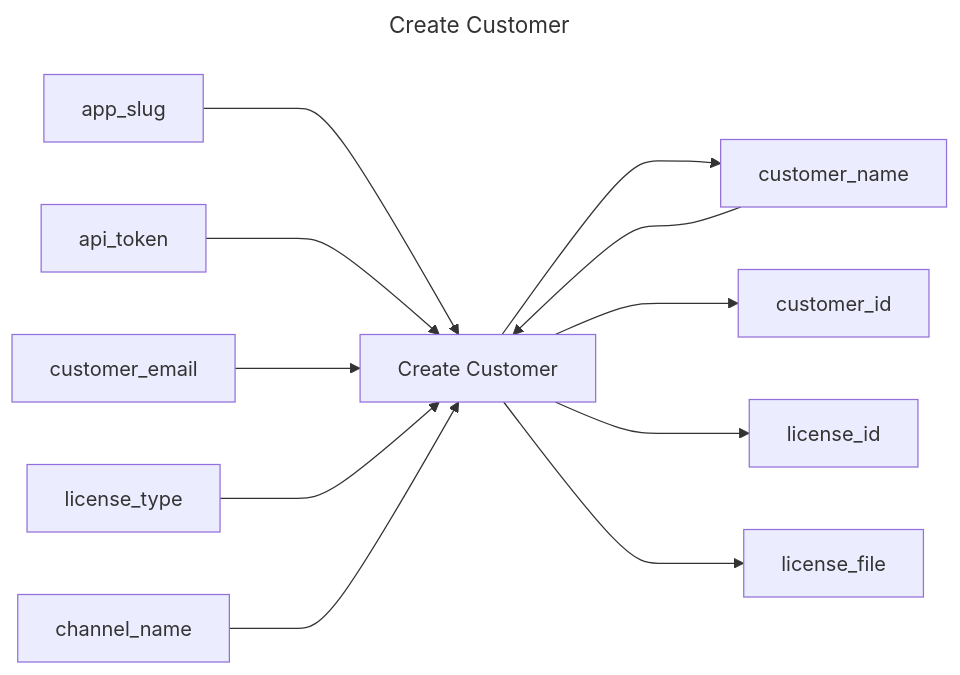
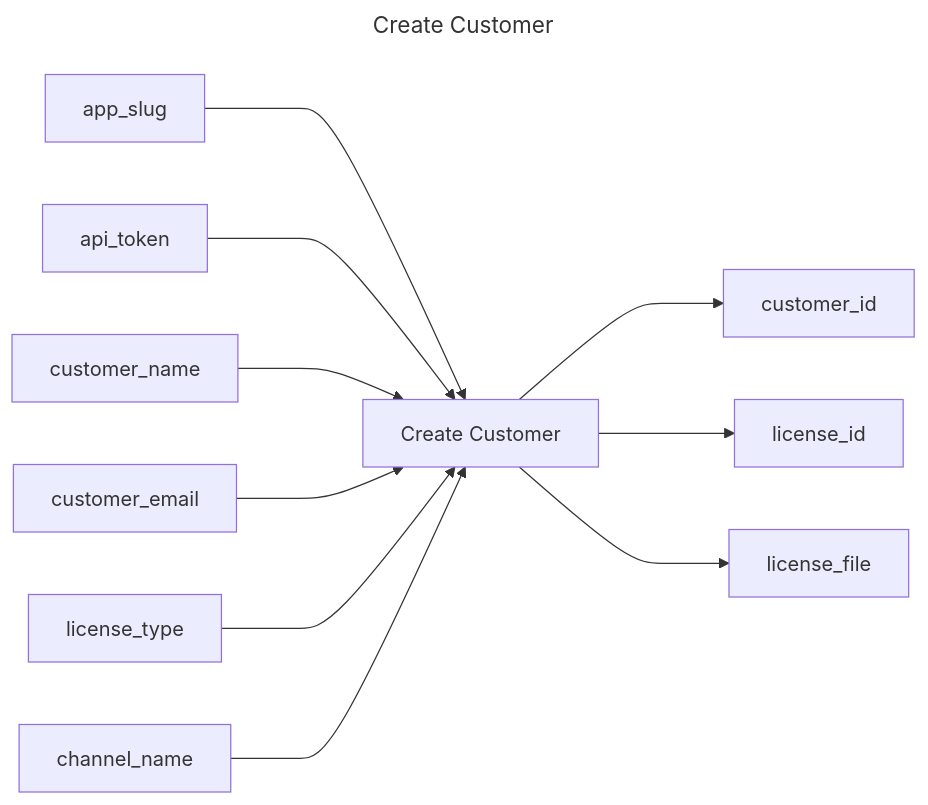
One commit to replicatedhq/replicated-actions changed the diagram in create-customer/README.md. Above: the diagram before and after it, drawn with Mermaid. The commit also changed other lines of this file and 4 other files, not shown here.

Commit message:
Remove customer-name from output

````diff
--- a/create-customer/README.md
+++ b/create-customer/README.md
@@ -3,17 +3,16 @@
 ```mermaid
 ---
 title: Create Customer
 ---
 graph LR
 create_customer["Create Customer"]
 app_slug ---> create_customer
 api_token ---> create_customer
 customer_name ---> create_customer
 customer_email ---> create_customer
 license_type ---> create_customer
 channel_name ---> create_customer
-create_customer ---> customer_name
 create_customer ---> customer_id
 create_customer ---> license_id
 create_customer ---> license_file
 ```
````
